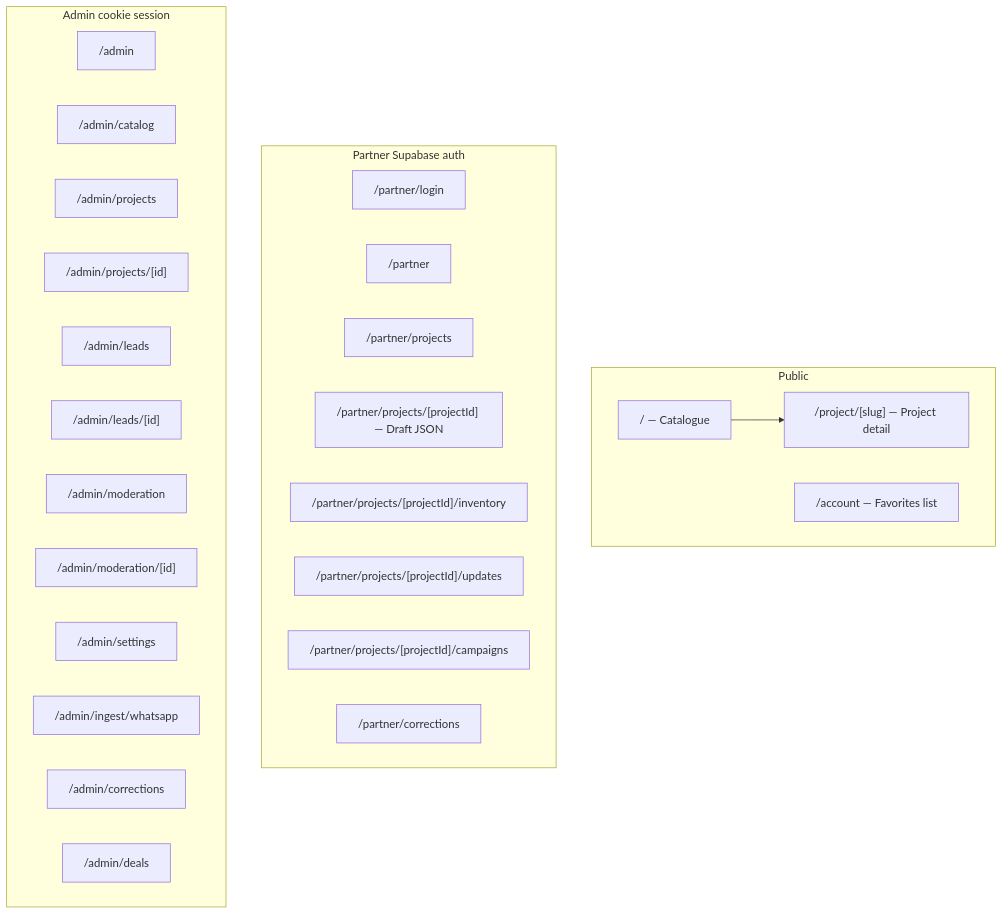
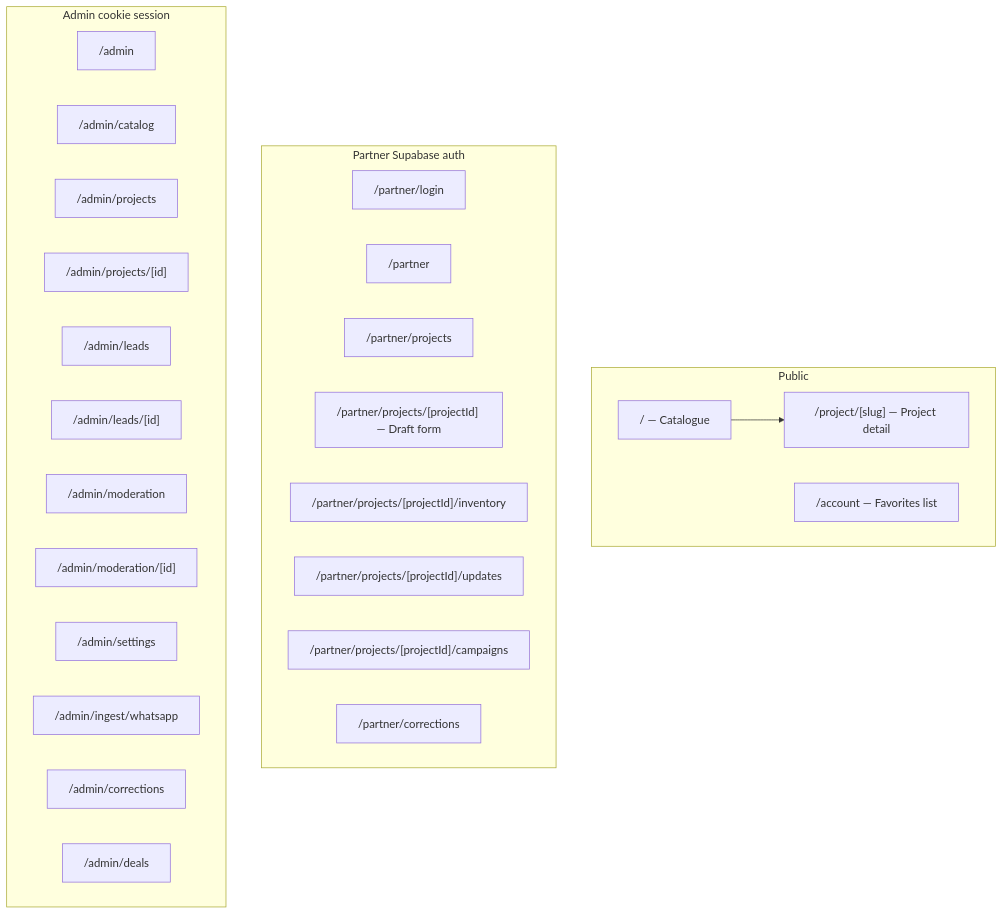
The diagram in docs/APP_MAP.md (pavel949/OFFPLAN), drawn with Mermaid before and after one commit. The commit also changed other lines of this file and 19 other files, not shown here.

````diff
--- a/docs/APP_MAP.md
+++ b/docs/APP_MAP.md
@@ -7,33 +9,33 @@
 ```mermaid
 flowchart TB
   subgraph public [Public]
     home["/ — Catalogue"]
     proj["/project/[slug] — Project detail"]
     acct["/account — Favorites list"]
   end
   subgraph partner [Partner Supabase auth]
     plogin["/partner/login"]
     phome["/partner"]
     pproj["/partner/projects"]
-    pedit["/partner/projects/[projectId] — Draft JSON"]
+    pedit["/partner/projects/[projectId] — Draft form"]
     pinv["/partner/projects/[projectId]/inventory"]
     pupd["/partner/projects/[projectId]/updates"]
     pcamp["/partner/projects/[projectId]/campaigns"]
     pcorr["/partner/corrections"]
   end
   subgraph admin [Admin cookie session]
     ahome["/admin"]
     acat["/admin/catalog"]
     aproj["/admin/projects"]
     aprojid["/admin/projects/[id]"]
     aleads["/admin/leads"]
     aleadid["/admin/leads/[id]"]
     amod["/admin/moderation"]
     amodid["/admin/moderation/[id]"]
     aset["/admin/settings"]
     aingest["/admin/ingest/whatsapp"]
     acorr["/admin/corrections"]
     adeals["/admin/deals"]
   end
   home --> proj
 ```
````
